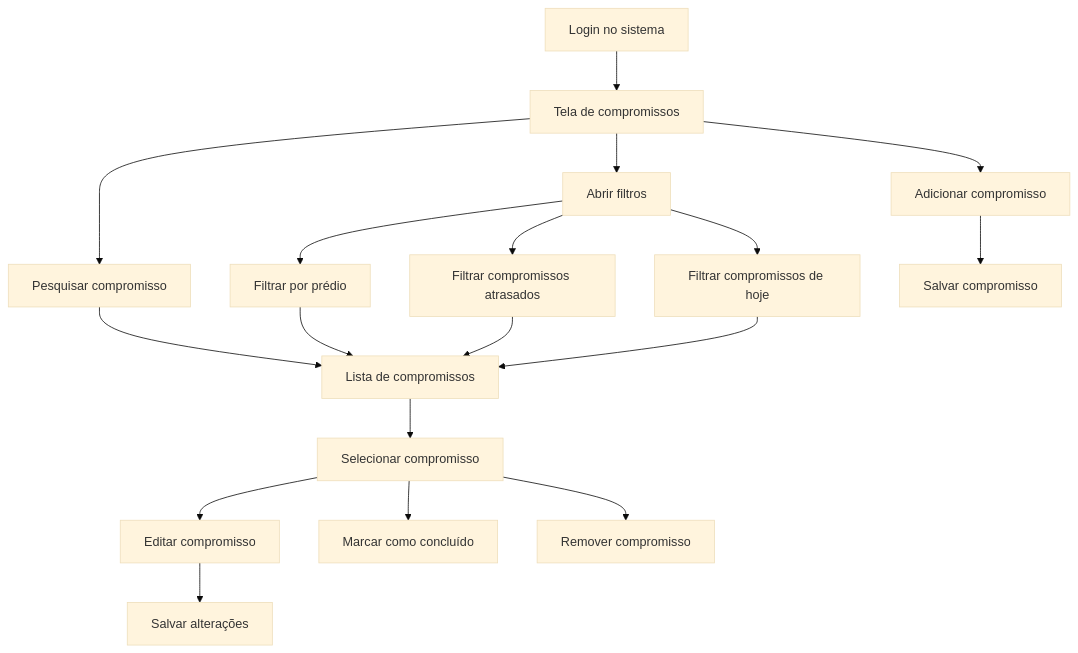
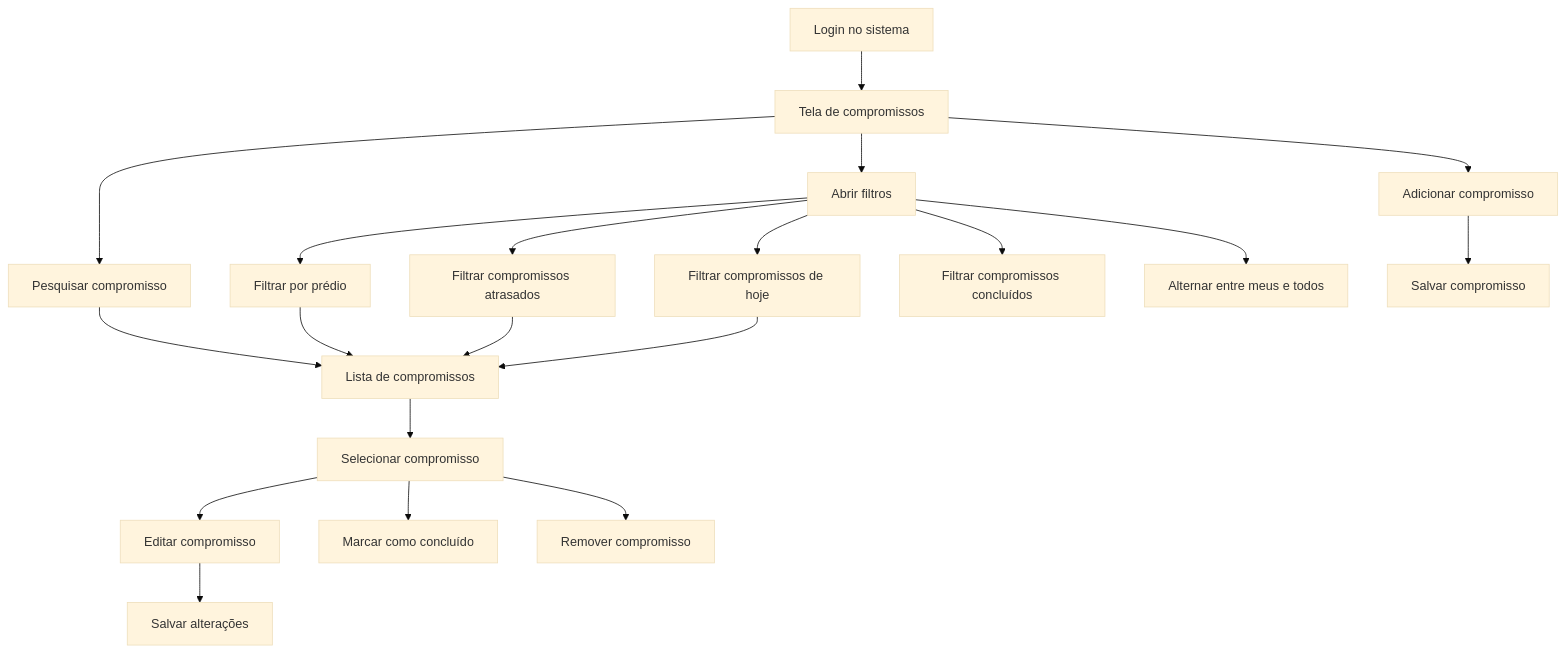
The ninth of 16 diagrams in documentation/RFC/RFC.md (pdrollucas/euSindico), drawn with Mermaid (base theme) before and after one commit. The commit also changed other lines of this file and 49 other files, not shown here.

````diff
--- a/documentation/RFC/RFC.md
+++ b/documentation/RFC/RFC.md
@@ -515,31 +521,33 @@
 ```mermaid
 flowchart TD
 
 A[Login no sistema] --> B[Tela de compromissos]
 
 B --> C[Pesquisar compromisso]
 
 B --> D[Abrir filtros]
 
 D --> E[Filtrar por prédio]
 D --> F[Filtrar compromissos atrasados]
 D --> G[Filtrar compromissos de hoje]
+D --> G2[Filtrar compromissos concluídos]
+D --> G3[Alternar entre meus e todos]
 
 C --> H[Lista de compromissos]
 E --> H
 F --> H
 G --> H
 
 H --> I[Selecionar compromisso]
 
 B --> J[Adicionar compromisso]
 
 J --> K[Salvar compromisso]
 
 I --> L[Editar compromisso]
 L --> M[Salvar alterações]
 
 I --> N[Marcar como concluído]
 
 I --> O[Remover compromisso]
 ```
````
